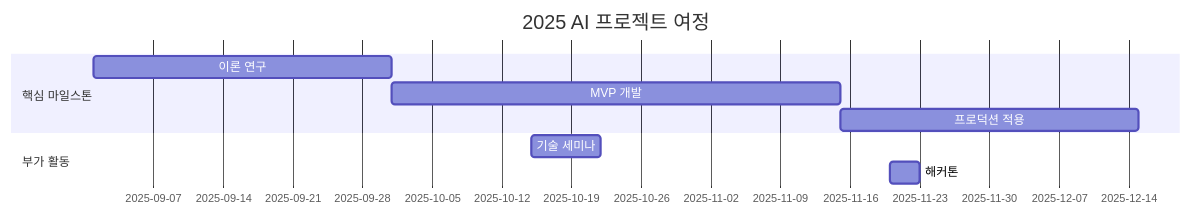
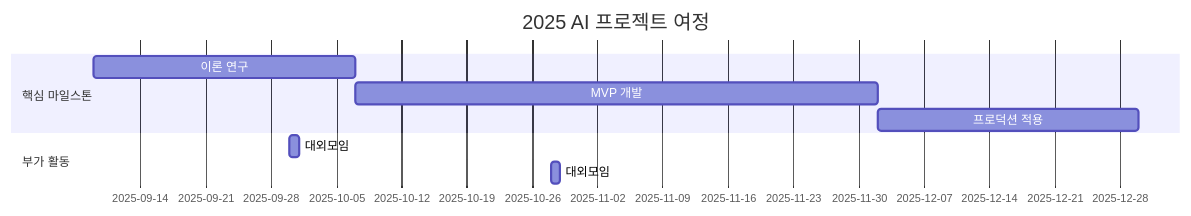
Before and after one commit to Pseudo-Lab/Query-VendingMachine: the diagram in README.md, drawn with Mermaid. The commit also changed other lines of this file, not shown here.

````diff
--- a/README.md
+++ b/README.md
@@ -40,11 +40,11 @@
 ```mermaid
 gantt
     title 2025 AI 프로젝트 여정
     section 핵심 마일스톤
-    이론 연구       :a1, 2025-09-01, 30d
-    MVP 개발        :a2, after a1, 45d
-    프로덕션 적용    :a3, after a2, 30d
+    이론 연구       :a1, 2025-09-09, 28d
+    MVP 개발        :a2, after a1, 56d
+    프로덕션 적용    :a3, after a2, 28d
     section 부가 활동
-    기술 세미나     :2025-10-15, 7d
-    해커톤         :2025-11-20, 3d
+    대외모임     :2025-09-30, 1d
+    대외모임        :2025-10-28, 1d
 ```
````
